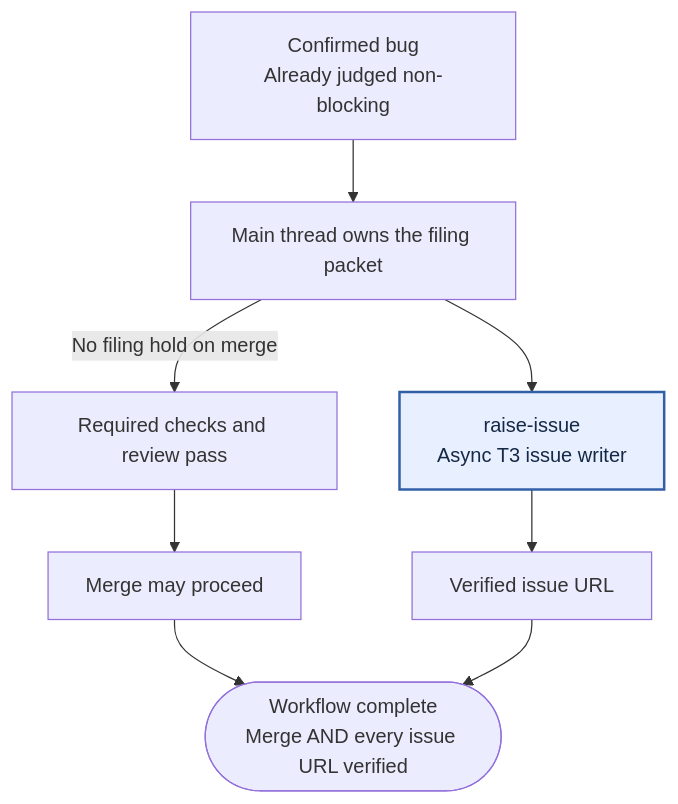
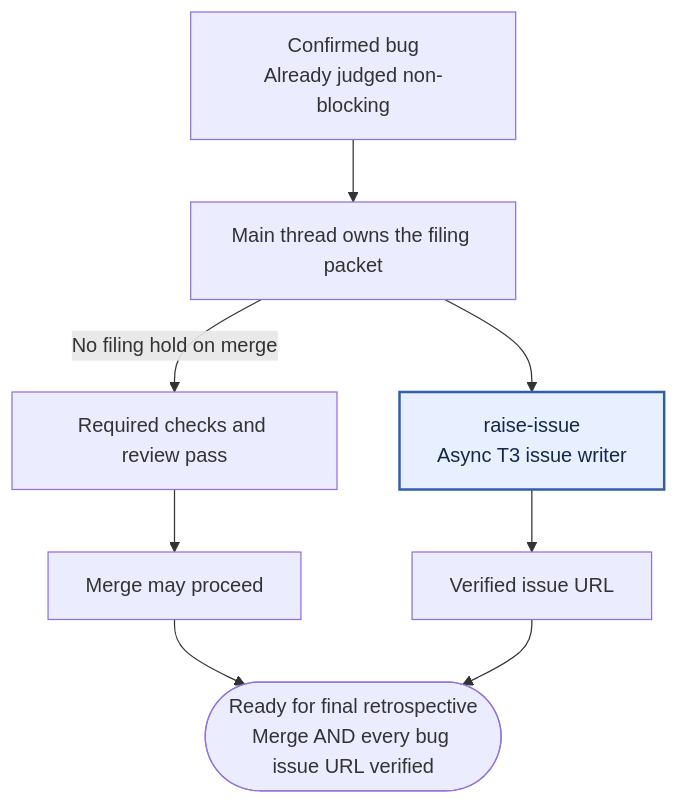
One commit to seankoji-com/.agents changed the third of 3 diagrams in README.md. Above: the diagram before and after it, drawn with Mermaid. The commit also changed other lines of this file and 12 other files, not shown here.

````diff
--- a/README.md
+++ b/README.md
@@ -135,19 +146,19 @@
 ```mermaid
 flowchart TD
     classDef skill fill:#e8f0ff,stroke:#315fa8,color:#152845,stroke-width:2px
     bug["Confirmed bug<br/>Already judged non-blocking"]
     packet["Main thread owns the filing packet"]
     issue["raise-issue<br/>Async T3 issue writer"]:::skill
     url["Verified issue URL"]
     gates["Required checks and review pass"]
     merge["Merge may proceed"]
-    done(["Workflow complete<br/>Merge AND every issue URL verified"])
+    done(["Ready for final retrospective<br/>Merge AND every bug issue URL verified"])
 
     bug --> packet
     packet --> issue
     issue --> url
     packet -->|"No filing hold on merge"| gates
     gates --> merge
     merge --> done
     url --> done
 ```
````
